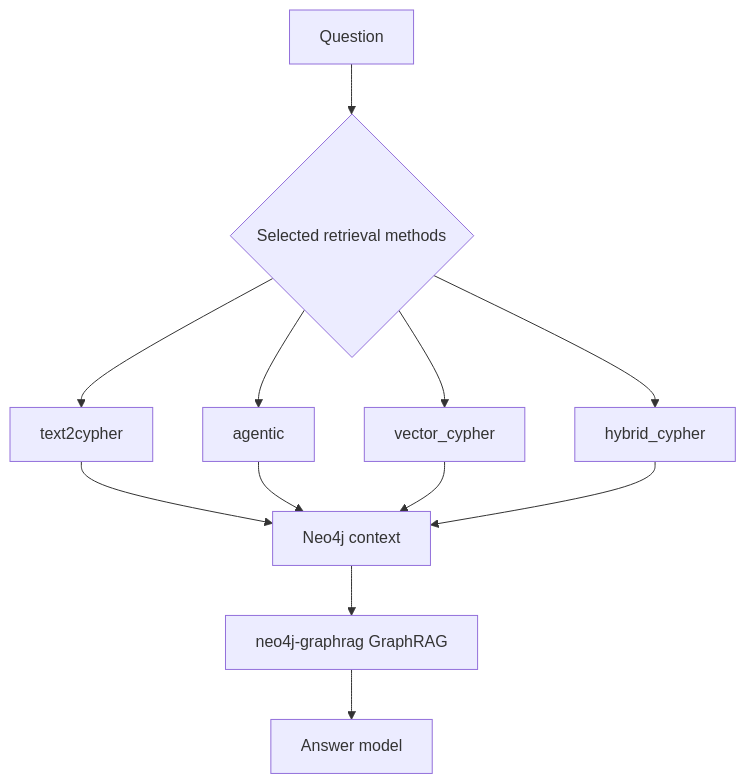
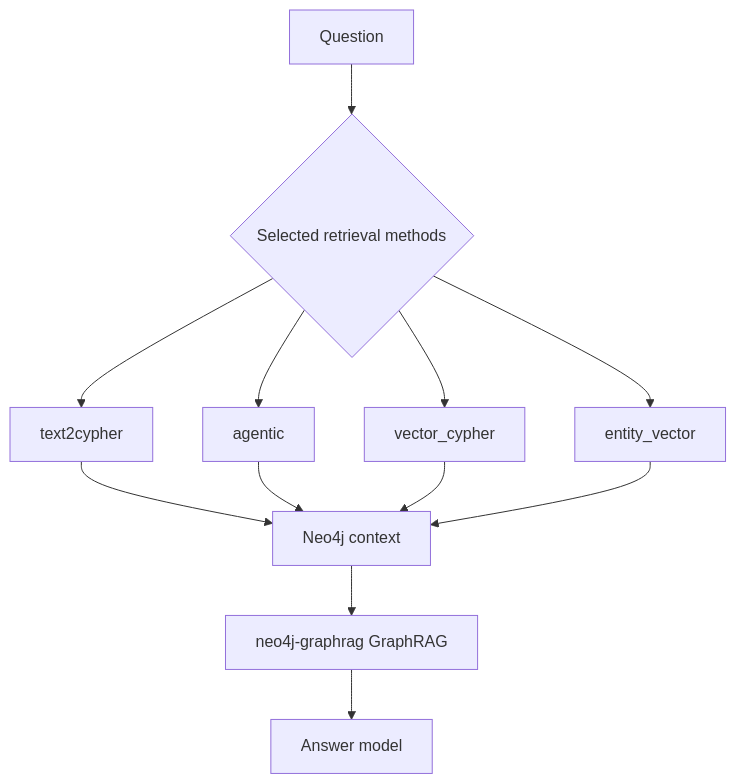
Before and after one commit to udit19199/RecRAG: the diagram in docs/graphrag/retrieval.md, drawn with Mermaid. The commit also changed other lines of this file and 15 other files, not shown here.

Commit message:
Replace hybrid retrieval with entity-vector retrieval

````diff
--- a/docs/graphrag/retrieval.md
+++ b/docs/graphrag/retrieval.md
@@ -10,14 +10,14 @@
 ```mermaid
 flowchart TD
     A[Question] --> B{Selected retrieval methods}
     B --> C[text2cypher]
     B --> D[agentic]
     B --> E[vector_cypher]
-    B --> F[hybrid_cypher]
+    B --> F[entity_vector]
     C --> G[Neo4j context]
     D --> G
     E --> G
     F --> G
     G --> H[neo4j-graphrag GraphRAG]
     H --> I[Answer model]
 ```
````
